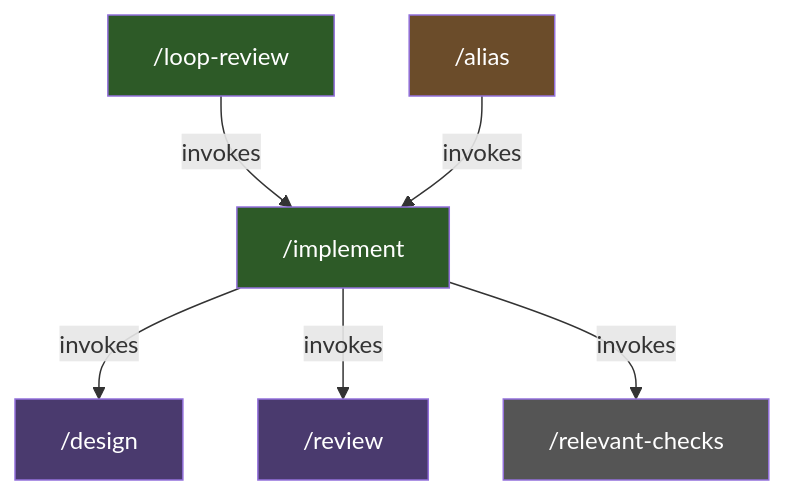
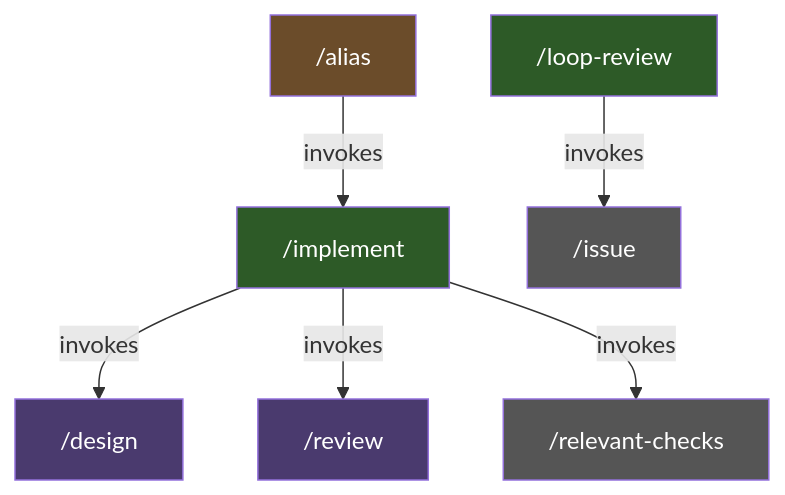
Before and after one commit to zhupanov/claudin: the first of 2 diagrams in docs/workflow-lifecycle.md, drawn with Mermaid. The commit also changed other lines of this file and 8 other files, not shown here.

First line of the commit message:
Switch /loop-review to file GitHub issues via /issue (closes #148) (#163)

````diff
--- a/docs/workflow-lifecycle.md
+++ b/docs/workflow-lifecycle.md
@@ -9,15 +9,16 @@
 ```mermaid
 graph TD
     IMPLEMENT["/implement"] -->|invokes| DESIGN["/design"]
     IMPLEMENT -->|invokes| REVIEW["/review"]
     IMPLEMENT -->|invokes| CHECKS["/relevant-checks"]
-    LOOP["/loop-review"] -->|invokes| IMPLEMENT
+    LOOP["/loop-review"] -->|invokes| ISSUE["/issue"]
     ALIAS["/alias"] -->|invokes| IMPLEMENT
 
     style IMPLEMENT fill:#2d5a27,color:#fff
     style LOOP fill:#2d5a27,color:#fff
     style DESIGN fill:#4a3a6e,color:#fff
     style REVIEW fill:#4a3a6e,color:#fff
     style CHECKS fill:#555,color:#fff
+    style ISSUE fill:#555,color:#fff
     style ALIAS fill:#6b4c2a,color:#fff
 ```
````
